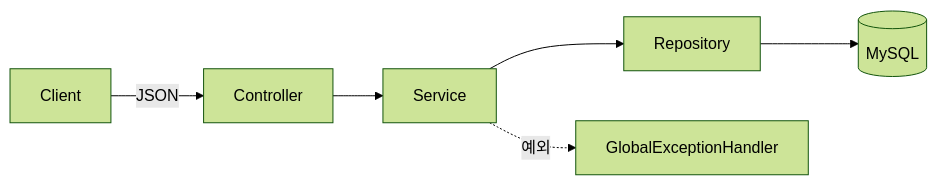
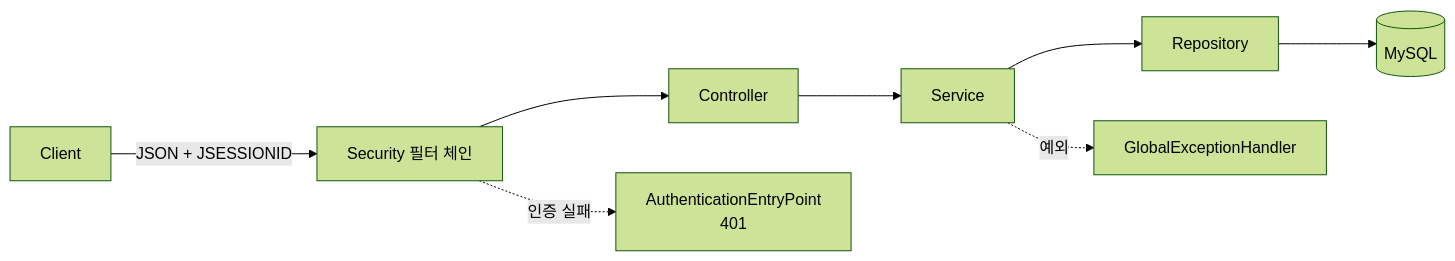
Before and after one commit to ochanhyeok/spring-crud-api: the first of 2 diagrams in README.md, drawn with Mermaid (forest theme). The commit also changed other lines of this file, not shown here.

Commit message:
docs: add authentication to readme and update roadmap

````diff
--- a/README.md
+++ b/README.md
@@ -28,5 +30,6 @@
 ```mermaid
 flowchart LR
-    Client -->|JSON| Controller --> Service --> Repository --> MySQL[(MySQL)]
+    Client -->|JSON + JSESSIONID| Filter[Security 필터 체인] --> Controller --> Service --> Repository --> MySQL[(MySQL)]
+    Filter -.인증 실패.-> EntryPoint[AuthenticationEntryPoint<br/>401]
     Service -.예외.-> Advice[GlobalExceptionHandler]
 ```
````
